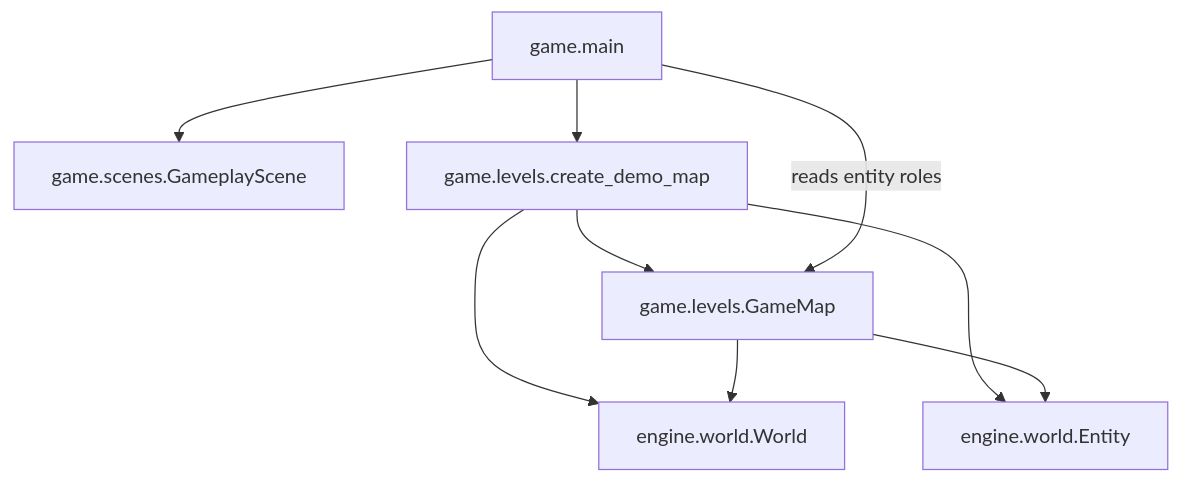
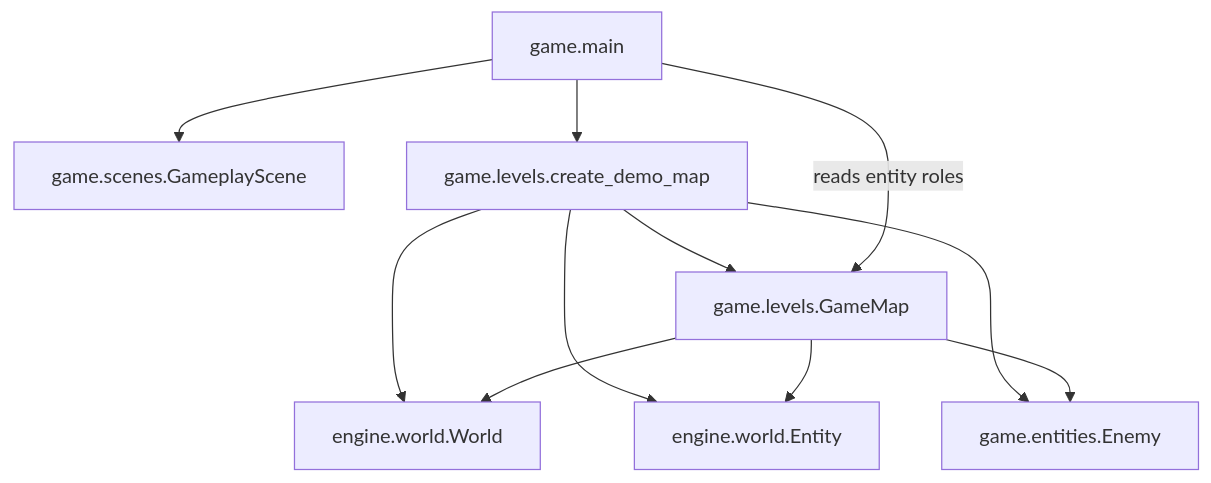
The diagram in docs/architecture/levels.md (VincentMardon/my_first_adventure_game), drawn with Mermaid before and after one commit. The commit also changed other lines of this file and 15 other files, not shown here.

````diff
--- a/docs/architecture/levels.md
+++ b/docs/architecture/levels.md
@@ -63,18 +64,21 @@
 ```mermaid
 flowchart TD
     GameMap["game.levels.GameMap"]
     GameMain["game.main"]
     GameplayScene["game.scenes.GameplayScene"]
     DemoMap["game.levels.create_demo_map"]
     World["engine.world.World"]
     Entity["engine.world.Entity"]
+    Enemy["game.entities.Enemy"]
 
     DemoMap --> GameMap
     DemoMap --> World
     DemoMap --> Entity
+    DemoMap --> Enemy
     GameMap --> World
     GameMap --> Entity
+    GameMap --> Enemy
     GameMain --> DemoMap
     GameMain -->|"reads entity roles"| GameMap
     GameMain --> GameplayScene
 ```
````
